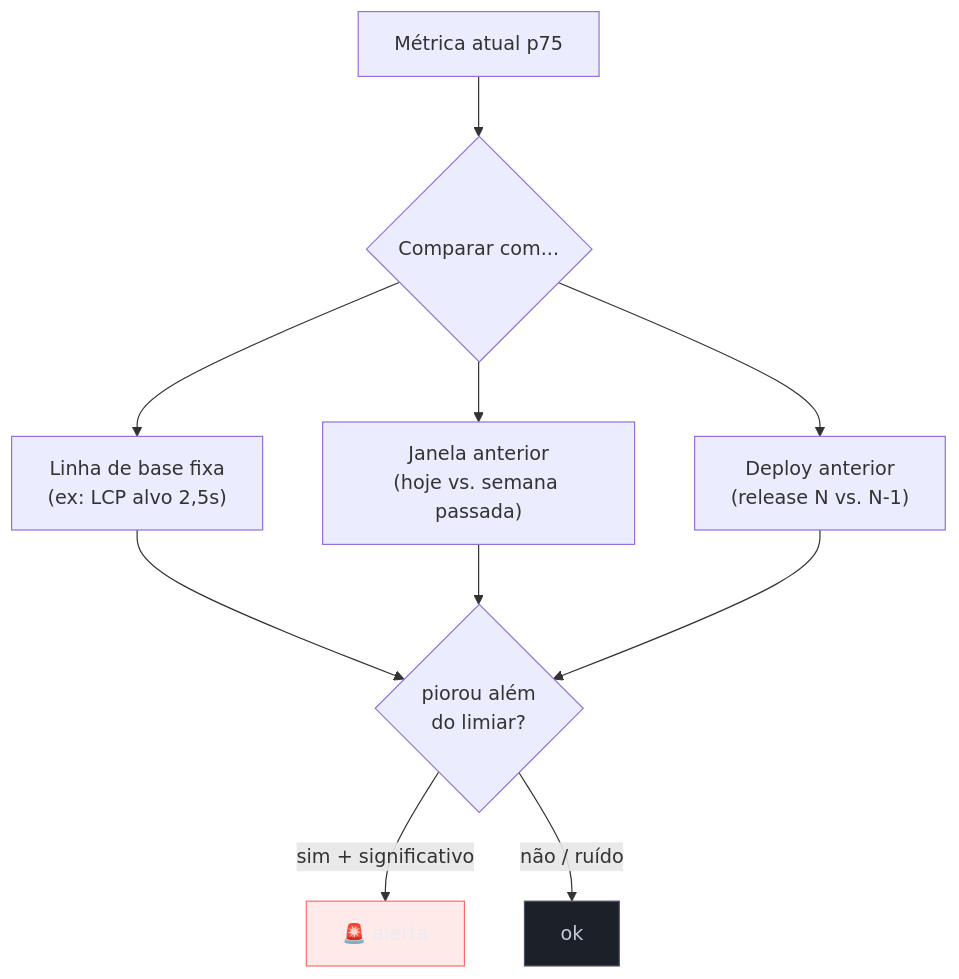
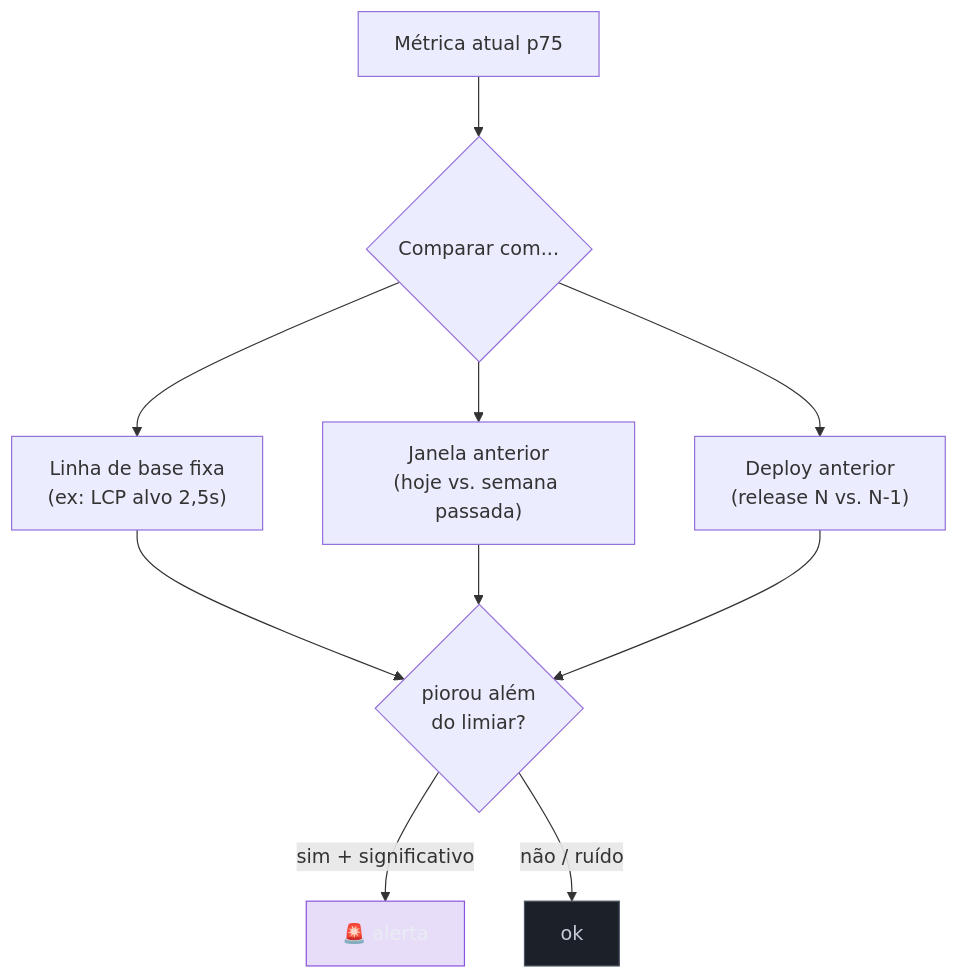
The diagram in 03-Dominios/Tecnologia/Web Performance/Performance em Produção/04 - Detecção de regressão e alertas.md (josenaldo/codex-technomanticus), drawn with Mermaid before and after one commit. The commit also changed 601 other files, not shown here.

````diff
--- a/03-Dominios/Tecnologia/Web Performance/Performance em Produção/04 - Detecção de regressão e alertas.md
+++ b/03-Dominios/Tecnologia/Web Performance/Performance em Produção/04 - Detecção de regressão e alertas.md
@@ -31,16 +31,16 @@
 ```mermaid
 graph TB
-    classDef falha fill:#FF6B6B24,stroke:#FF6B6B,color:#E9ECF2
+    classDef marca fill:#8855DF33,stroke:#8855DF,color:#E9ECF2
     classDef neutro fill:#1B2029,stroke:#4E5666,color:#C6CCD8
     A[Métrica atual p75] --> B{Comparar com...}
     B --> C["Linha de base fixa<br/>(ex: LCP alvo 2,5s)"]
     B --> D["Janela anterior<br/>(hoje vs. semana passada)"]
     B --> E["Deploy anterior<br/>(release N vs. N-1)"]
     C --> F{piorou além<br/>do limiar?}
     D --> F
     E --> F
     F -->|sim + significativo| G[🚨 alerta]
     F -->|não / ruído| H[ok]
-    class G falha
+    class G marca
     class H neutro
 ```
````
